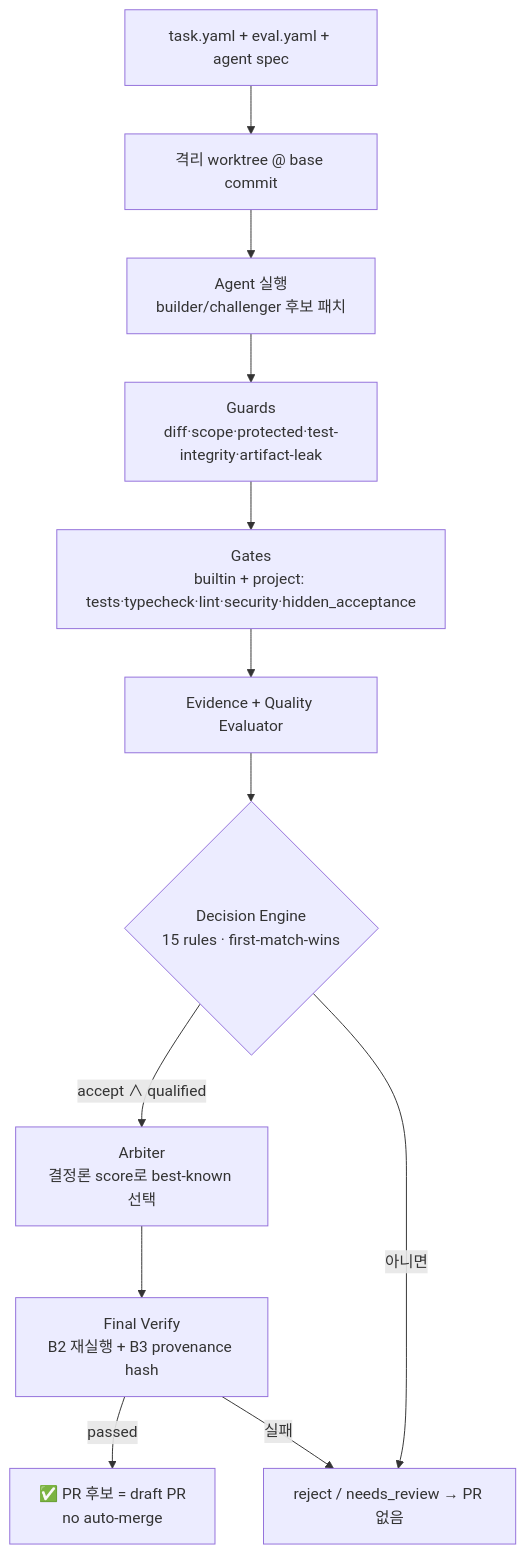
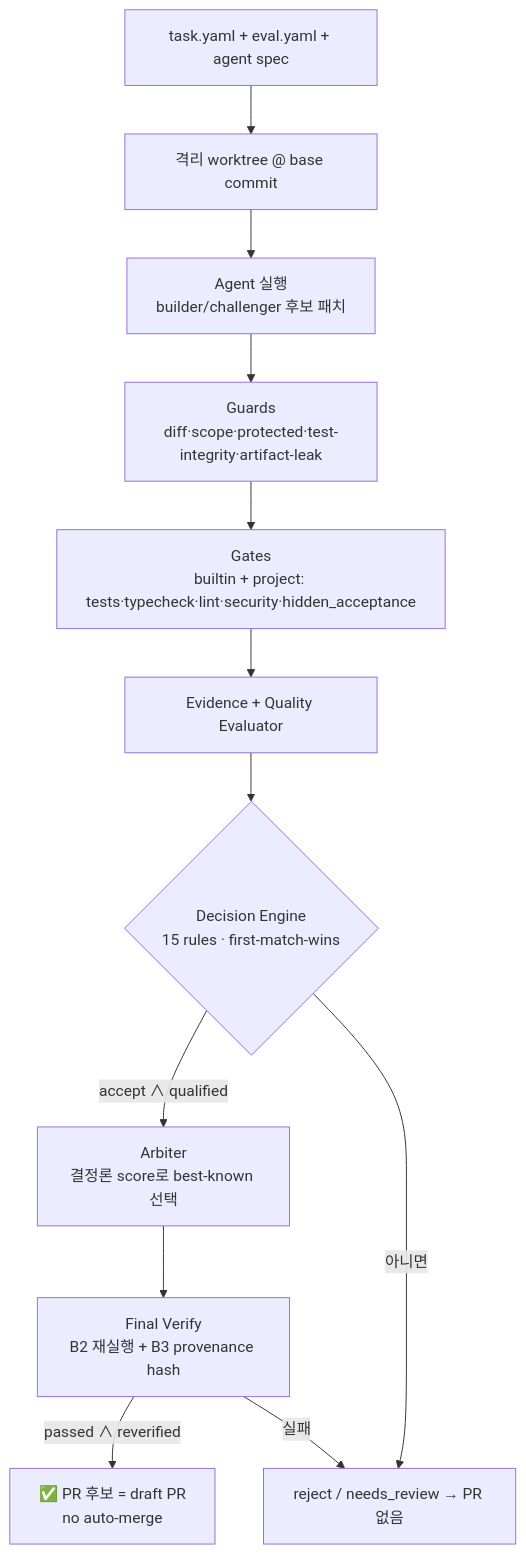
Before and after one commit to coreline-ai/improvement_loop_harness: the diagram in README.md, drawn with Mermaid. The commit also changed other lines of this file and 21 other files, not shown here.

````diff
--- a/README.md
+++ b/README.md
@@ -80,14 +80,14 @@
 ```mermaid
 flowchart TD
     A[task.yaml + eval.yaml + agent spec] --> B[격리 worktree @ base commit]
     B --> C[Agent 실행<br/>builder/challenger 후보 패치]
     C --> D[Guards<br/>diff·scope·protected·test-integrity·artifact-leak]
     D --> E[Gates<br/>builtin + project: tests·typecheck·lint·security·hidden_acceptance]
     E --> F[Evidence + Quality Evaluator]
     F --> G{Decision Engine<br/>15 rules · first-match-wins}
     G -->|accept ∧ qualified| H[Arbiter<br/>결정론 score로 best-known 선택]
     G -->|아니면| X[reject / needs_review → PR 없음]
     H --> I[Final Verify<br/>B2 재실행 + B3 provenance hash]
-    I -->|passed| J[✅ PR 후보 = draft PR<br/>no auto-merge]
+    I -->|passed ∧ reverified| J[✅ PR 후보 = draft PR<br/>no auto-merge]
     I -->|실패| X
 ```
````
